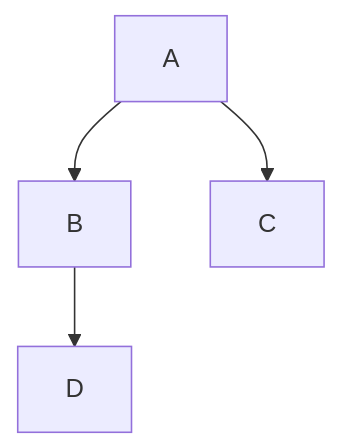
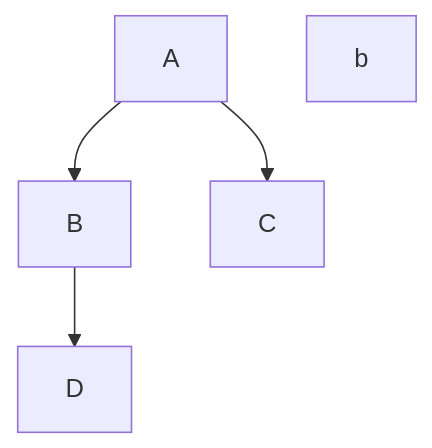
One commit to yellowrook1/yellowrook1 changed the first of 2 diagrams in README.md. Above: the diagram before and after it, drawn with Mermaid.

````diff
--- a/README.md
+++ b/README.md
@@ -4,7 +4,7 @@
 ```mermaid
   graph TD;
-      A-->B;
+      A-->B;b
       A-->C;
       B-->D;
       
 ```
````
